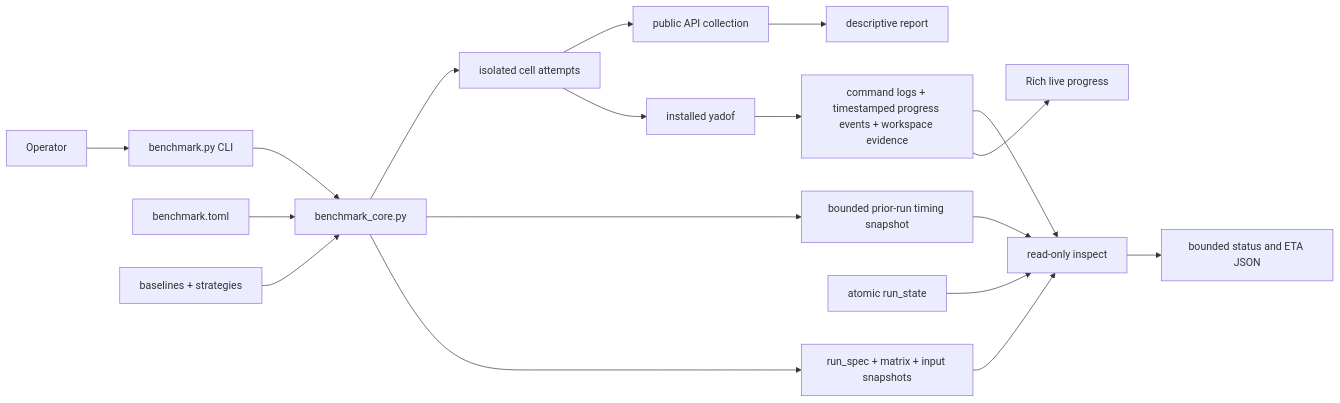
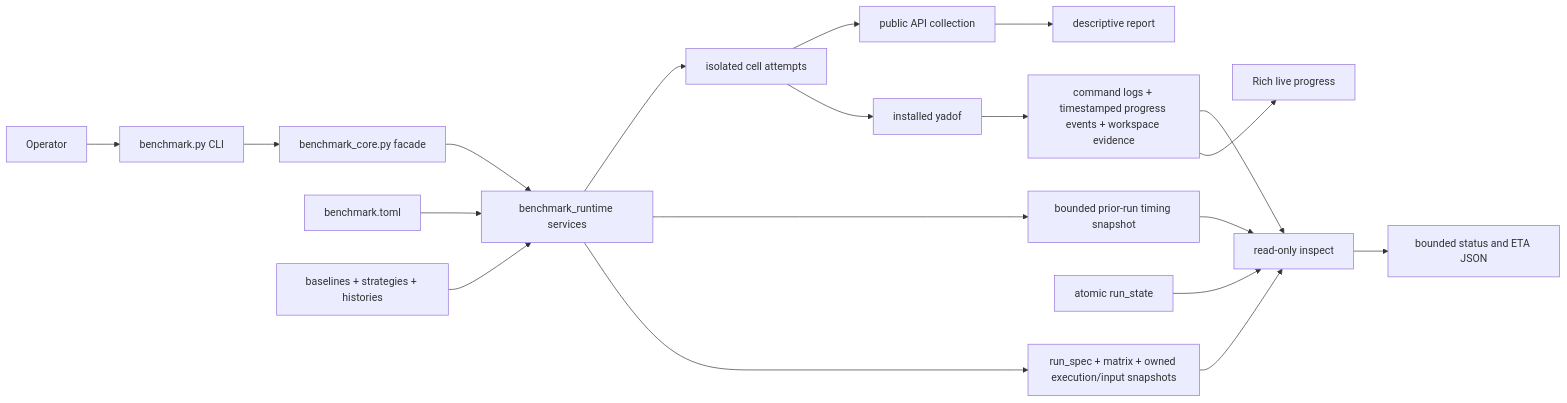
The diagram in benchmark_automation/dev_doc/architecture/c4_container.md (YS-Pan/yadof), drawn with Mermaid before and after one commit. The commit also changed other lines of this file and 129 other files, not shown here.

````diff
--- a/benchmark_automation/dev_doc/architecture/c4_container.md
+++ b/benchmark_automation/dev_doc/architecture/c4_container.md
@@ -3,20 +3,21 @@
 ```mermaid
 flowchart LR
     Operator --> CLI[benchmark.py CLI]
-    CLI --> Core[benchmark_core.py]
-    Config[benchmark.toml] --> Core
-    Inputs[baselines + strategies] --> Core
-    Core --> Spec[run_spec + matrix + input snapshots]
-    Core --> TimingHistory[bounded prior-run timing snapshot]
-    Core --> Cells[isolated cell attempts]
+    CLI --> Facade[benchmark_core.py facade]
+    Facade --> Runtime[benchmark_runtime services]
+    Config[benchmark.toml] --> Runtime
+    Inputs[baselines + strategies + histories] --> Runtime
+    Runtime --> Spec[run_spec + matrix + owned execution/input snapshots]
+    Runtime --> TimingHistory[bounded prior-run timing snapshot]
+    Runtime --> Cells[isolated cell attempts]
     Cells --> Yadof[installed yadof]
     Yadof --> Logs[command logs + timestamped progress events + workspace evidence]
     Logs --> Progress[Rich live progress]
     Spec --> Inspect[read-only inspect]
     TimingHistory --> Inspect
     Logs --> Inspect
     State[atomic run_state] --> Inspect
     Inspect --> ETA[bounded status and ETA JSON]
     Cells --> Collect[public API collection]
     Collect --> Report[descriptive report]
 ```
````
